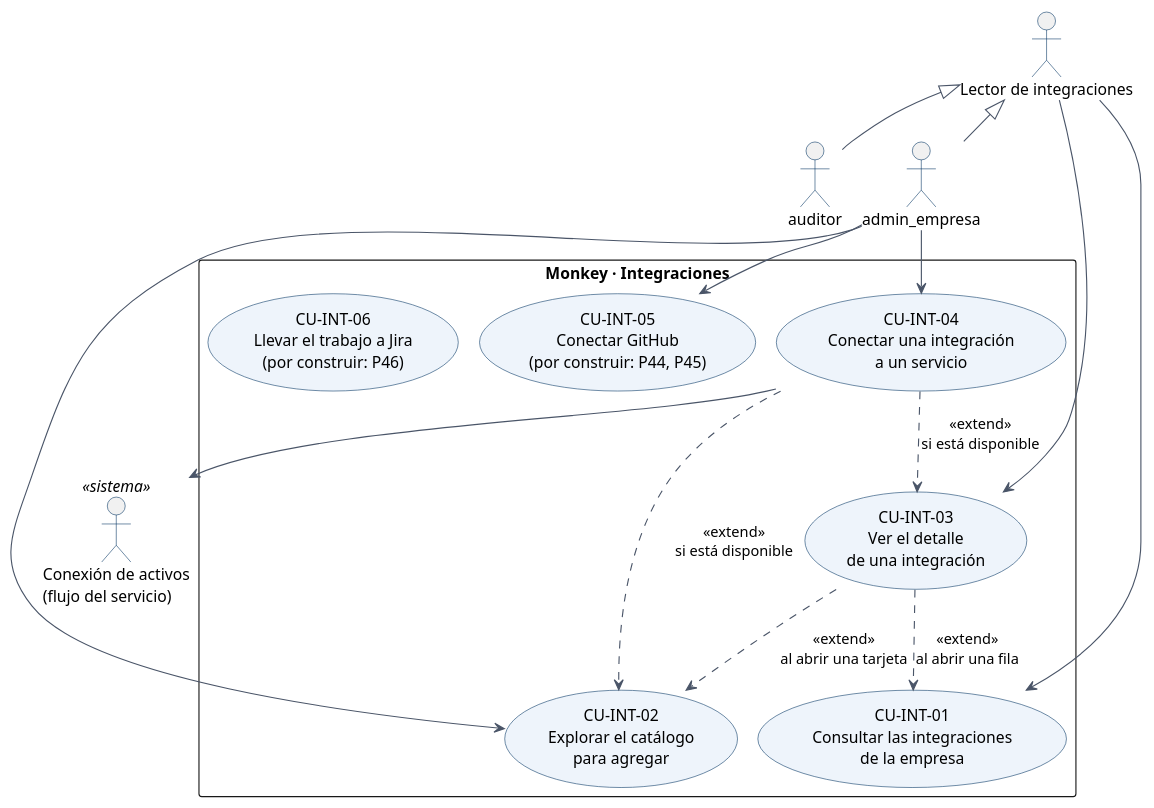
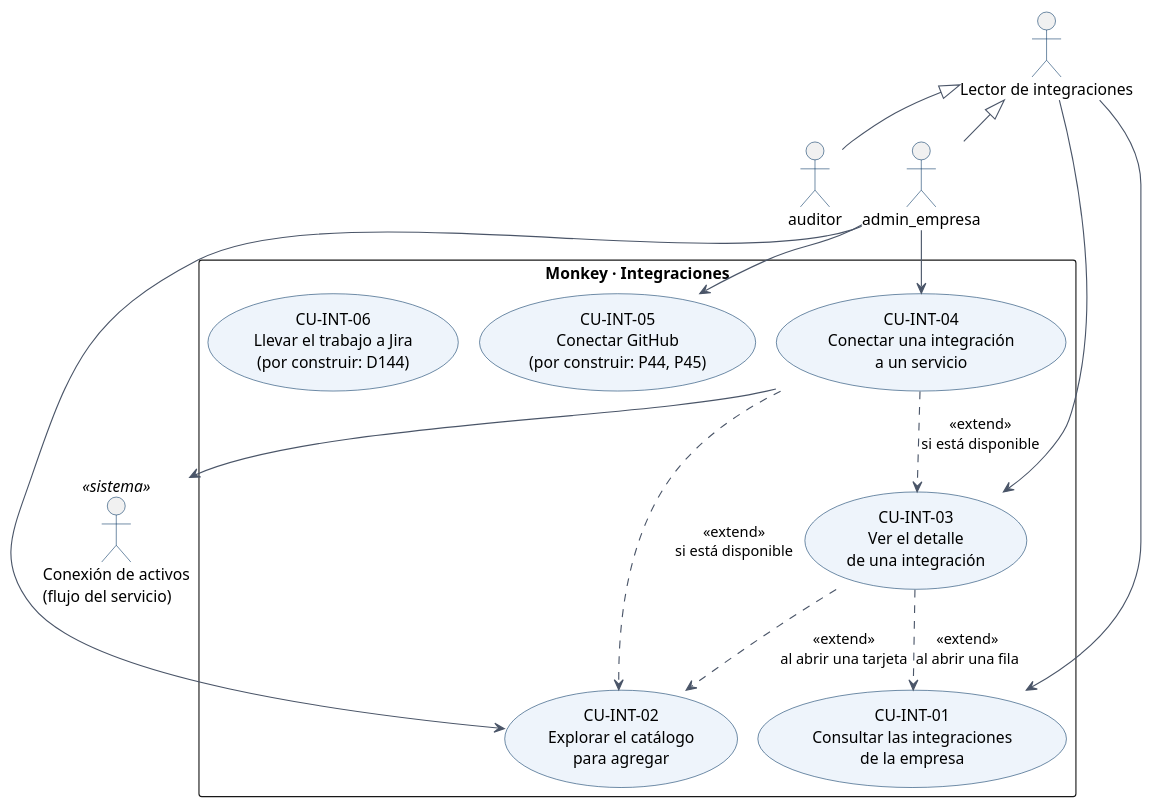
The diagram in skills/product/monkey-compliance-council/references/arquitectura/integraciones/05-casos-de-uso.puml (Monkey-GRC/Monkey-Brain-IA), drawn with PlantUML before and after one commit. The commit also changed 53 other files, not shown here.

```diff
--- a/skills/product/monkey-compliance-council/references/arquitectura/integraciones/05-casos-de-uso.puml
+++ b/skills/product/monkey-compliance-council/references/arquitectura/integraciones/05-casos-de-uso.puml
@@ -1,46 +1,46 @@
 @startuml
 ' Diagrama UML de casos de uso de Integraciones. Fuente: 05-casos-de-uso.md (cada óvalo es un CU-INT-nn).
 ' Se genera con skills/process/monkey-docs/scripts/render-uml.sh → 05-casos-de-uso.svg. No editar el SVG a mano.
 !pragma layout smetana
 top to bottom direction
 skinparam shadowing false
 skinparam defaultFontName Helvetica
 skinparam packageStyle rectangle
 skinparam ArrowColor #4A5568
 skinparam usecase {
   BackgroundColor #EEF4FB
   BorderColor #013362
 }
 skinparam actor {
   BorderColor #013362
 }
 
 actor "Lector de integraciones" as Lector
 actor "auditor" as Auditor
 actor "admin_empresa" as AdminEmpresa
 actor "Conexión de activos\n(flujo del servicio)" as Conexion <<sistema>>
 
 Auditor -up-|> Lector
 AdminEmpresa -up-|> Lector
 
 rectangle "Monkey · Integraciones" {
   usecase "CU-INT-01\nConsultar las integraciones\nde la empresa" as CU1
   usecase "CU-INT-03\nVer el detalle\nde una integración" as CU3
   usecase "CU-INT-02\nExplorar el catálogo\npara agregar" as CU2
   usecase "CU-INT-04\nConectar una integración\na un servicio" as CU4
   usecase "CU-INT-05\nConectar GitHub\n(por construir: P44, P45)" as CU5
-  usecase "CU-INT-06\nLlevar el trabajo a Jira\n(por construir: P46)" as CU6
+  usecase "CU-INT-06\nLlevar el trabajo a Jira\n(por construir: D144)" as CU6
 }
 
 Lector --> CU1
 Lector --> CU3
 AdminEmpresa --> CU2
 AdminEmpresa --> CU4
 AdminEmpresa --> CU5
 CU4 --> Conexion
 
 CU3 ..> CU1 : <<extend>>\nal abrir una fila
 CU3 ..> CU2 : <<extend>>\nal abrir una tarjeta
 CU4 ..> CU2 : <<extend>>\nsi está disponible
 CU4 ..> CU3 : <<extend>>\nsi está disponible
 @enduml
```
